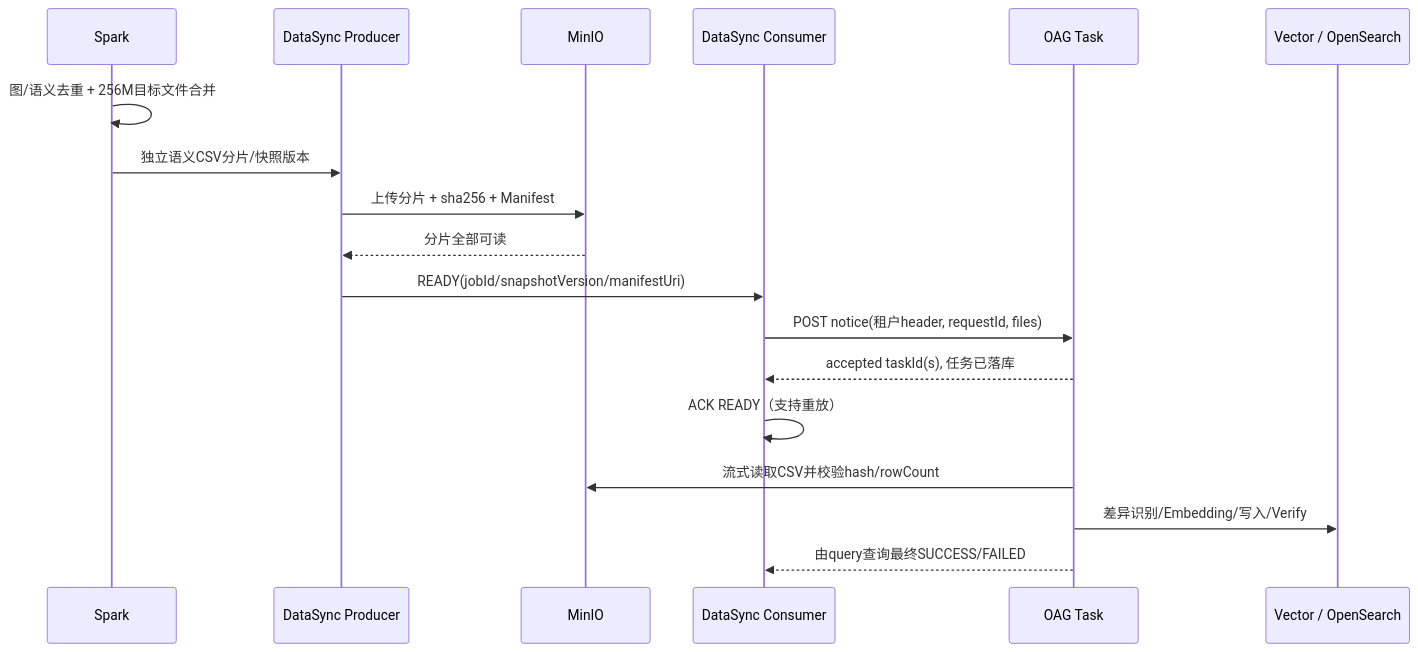
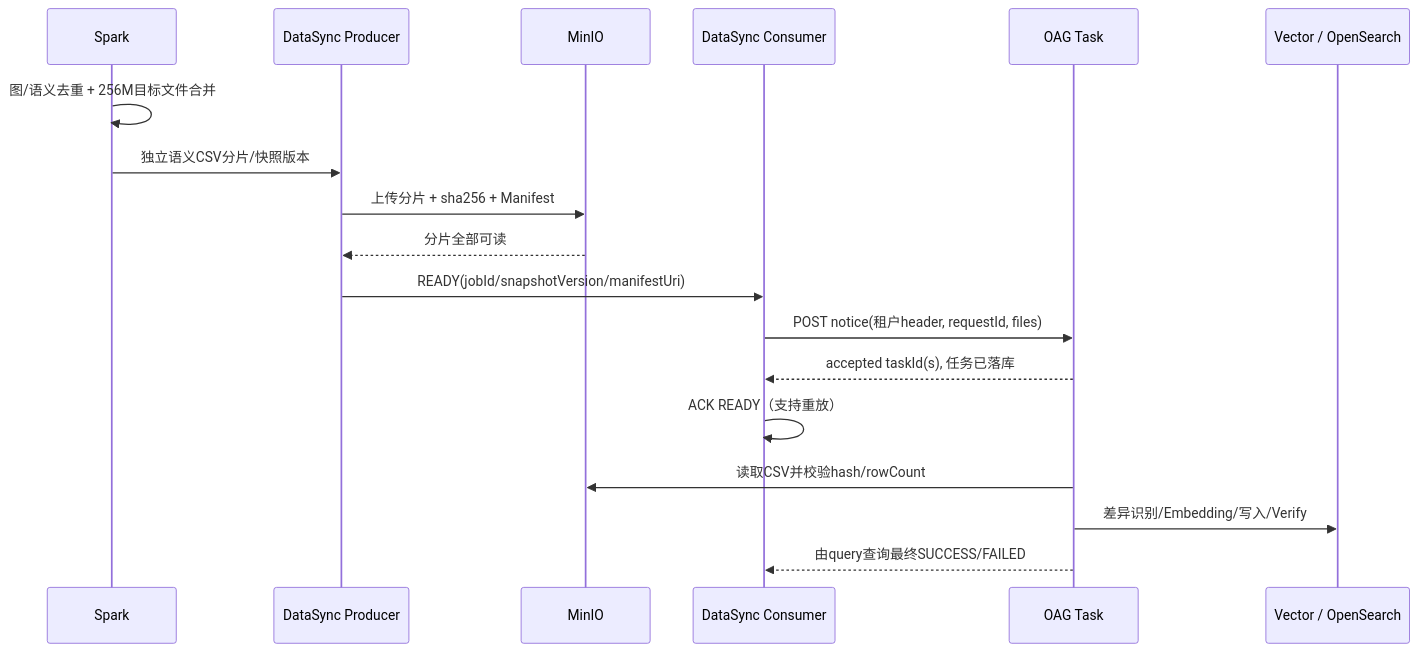
The second of 3 diagrams in docs/Agentic Operation Center 27.3.0 功能设计说明书（IRxxx 软件Q4需求）.md (cfwl100/onology_dsl), drawn with Mermaid before and after one commit. The commit also changed other lines of this file, not shown here.

````diff
--- a/docs/Agentic Operation Center 27.3.0 功能设计说明书（IRxxx 软件Q4需求）.md
+++ b/docs/Agentic Operation Center 27.3.0 功能设计说明书（IRxxx 软件Q4需求）.md
@@ -244,20 +267,20 @@
 ```mermaid
 sequenceDiagram
   participant S as Spark
   participant P as DataSync Producer
   participant M as MinIO
   participant C as DataSync Consumer
   participant O as OAG Task
   participant V as Vector / OpenSearch
   S->>S: 图/语义去重 + 256M目标文件合并
   S->>P: 独立语义CSV分片/快照版本
   P->>M: 上传分片 + sha256 + Manifest
   M-->>P: 分片全部可读
   P->>C: READY(jobId/snapshotVersion/manifestUri)
   C->>O: POST notice(租户header, requestId, files)
   O-->>C: accepted taskId(s), 任务已落库
   C->>C: ACK READY（支持重放）
-  O->>M: 流式读取CSV并校验hash/rowCount
+  O->>M: 读取CSV并校验hash/rowCount
   O->>V: 差异识别/Embedding/写入/Verify
   O-->>C: 由query查询最终SUCCESS/FAILED
 ```
````
